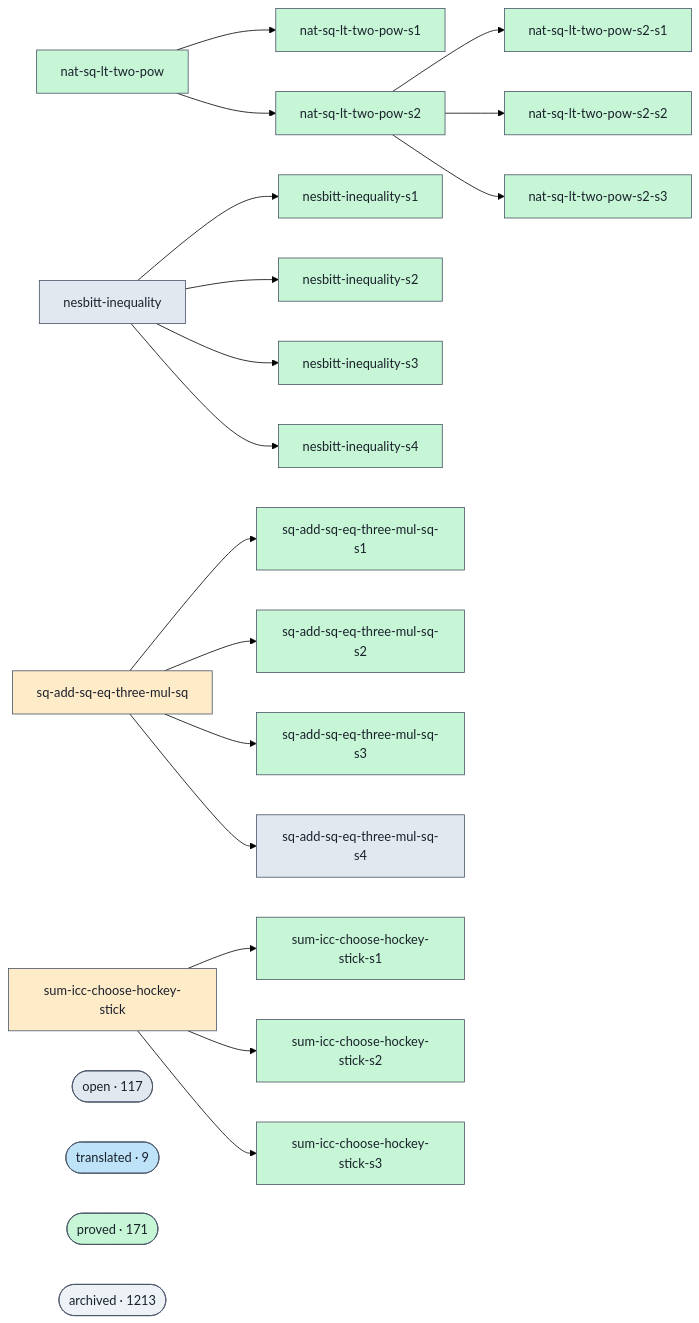
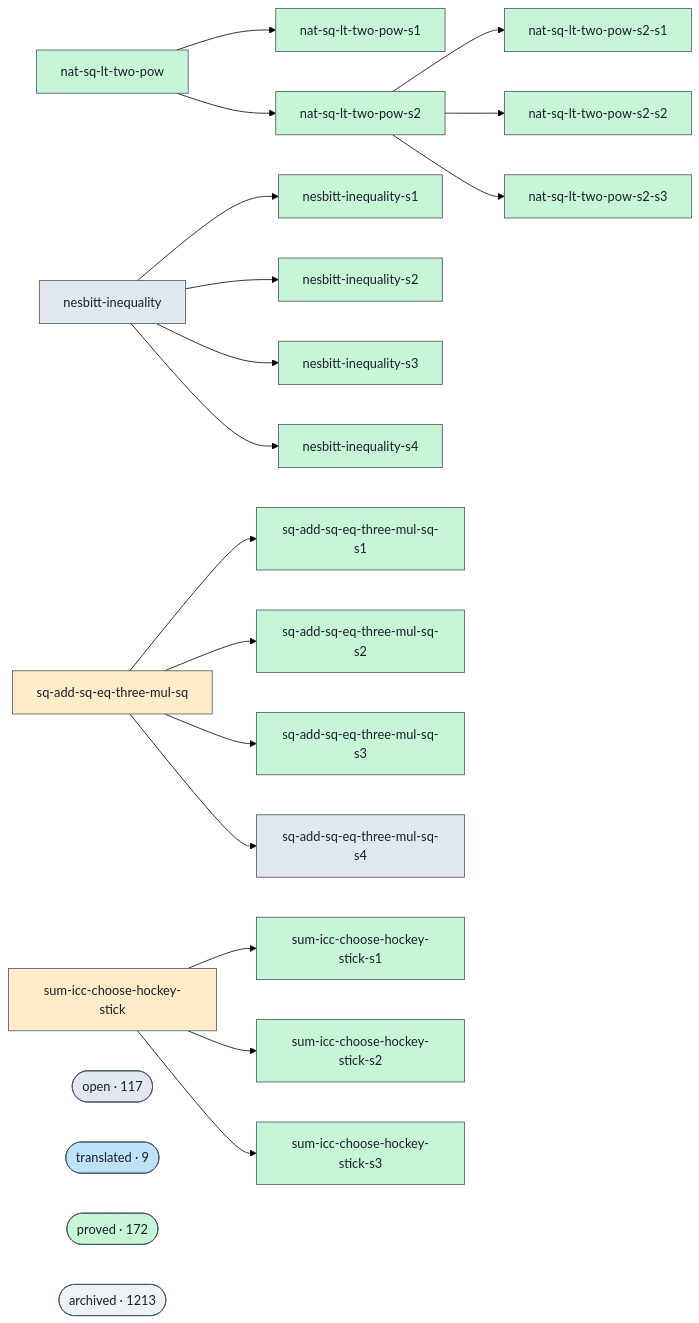
The diagram in docs/proofs-contributors-visualisation.md (ohdearquant/unsorry), drawn with Mermaid (forest theme) before and after one commit. The commit also changed other lines of this file and 2 other files, not shown here.

```diff
--- a/docs/proofs-contributors-visualisation.md
+++ b/docs/proofs-contributors-visualisation.md
@@ -102,7 +102,7 @@
   class cluster_open open;
   cluster_translated(["translated · 9"])
   class cluster_translated translated;
-  cluster_proved(["proved · 171"])
+  cluster_proved(["proved · 172"])
   class cluster_proved proved;
   cluster_archived(["archived · 1213"])
   class cluster_archived unknown;
```
